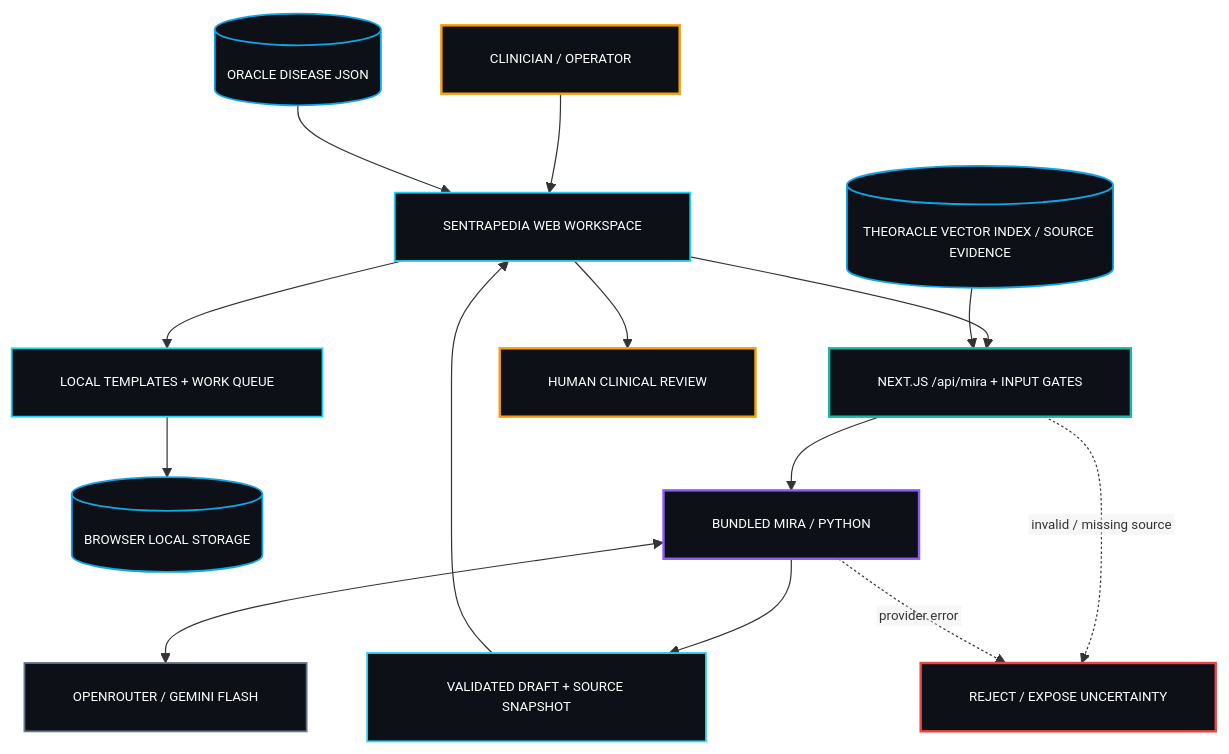
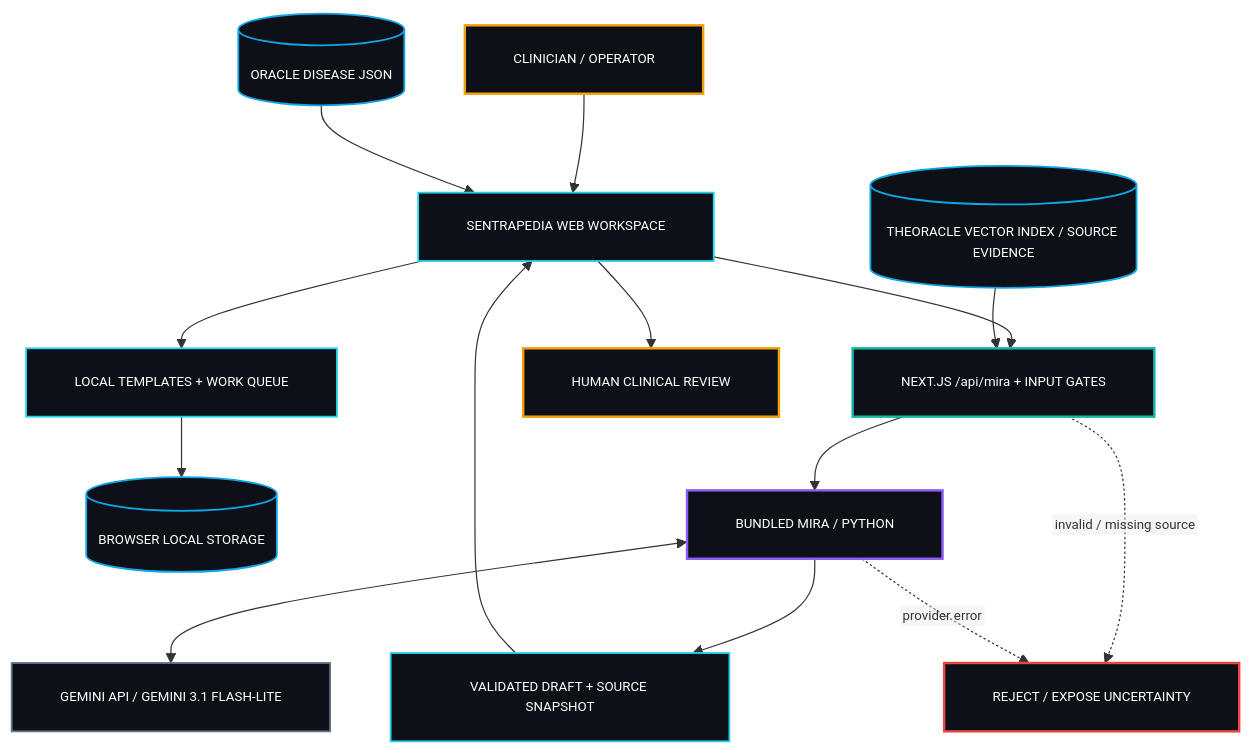
One commit to drferdi/Sentrapedia changed the first of 4 diagrams in README.md. Above: the diagram before and after it, drawn with Mermaid. The commit also changed other lines of this file and 4 other files, not shown here.

````diff
--- a/README.md
+++ b/README.md
@@ -126,43 +126,43 @@
 ```mermaid
 %%{init: {"flowchart": {"htmlLabels": false, "padding": 20}, "themeVariables": {"fontFamily": "monospace", "fontSize": "11px"}}}%%
 flowchart TB
   HUMAN["CLINICIAN / OPERATOR"]
   UI["SENTRAPEDIA WEB WORKSPACE"]
   LOCAL["LOCAL TEMPLATES + WORK QUEUE"]
   STORE[("BROWSER LOCAL STORAGE")]
   CATALOG[("ORACLE DISEASE JSON")]
   GATE["NEXT.JS /api/mira + INPUT GATES"]
   SOURCE[("THEORACLE VECTOR INDEX / SOURCE EVIDENCE")]
   MIRA["BUNDLED MIRA / PYTHON"]
-  PROVIDER["OPENROUTER / GEMINI FLASH"]
+  PROVIDER["GEMINI API / GEMINI 3.1 FLASH-LITE"]
   DRAFT["VALIDATED DRAFT + SOURCE SNAPSHOT"]
   REVIEW["HUMAN CLINICAL REVIEW"]
   FAIL["REJECT / EXPOSE UNCERTAINTY"]
 
   HUMAN --> UI --> LOCAL --> STORE
   CATALOG --> UI
   UI --> GATE
   SOURCE --> GATE
   GATE --> MIRA
   MIRA <--> PROVIDER
   MIRA --> DRAFT --> UI
   UI --> REVIEW
   GATE -. invalid / missing source .-> FAIL
   MIRA -. provider error .-> FAIL
 
   classDef authority fill:#0D1117,stroke:#F59E0B,color:#FFFFFF,stroke-width:2px;
   classDef core fill:#0D1117,stroke:#5B8CFF,color:#FFFFFF,stroke-width:2px;
   classDef surface fill:#0D1117,stroke:#22D3EE,color:#FFFFFF,stroke-width:1.5px;
   classDef agent fill:#0D1117,stroke:#8B5CF6,color:#FFFFFF,stroke-width:2px;
   classDef control fill:#0D1117,stroke:#14B8A6,color:#FFFFFF,stroke-width:2px;
   classDef data fill:#0D1117,stroke:#0EA5E9,color:#FFFFFF,stroke-width:1.5px;
   classDef shared fill:#0D1117,stroke:#64748B,color:#FFFFFF,stroke-width:1.5px;
   classDef danger fill:#0D1117,stroke:#EF4444,color:#FFFFFF,stroke-width:2px;
   class HUMAN,REVIEW authority;
   class UI,LOCAL,DRAFT surface;
   class GATE control;
   class MIRA agent;
   class CATALOG,STORE,SOURCE data;
   class PROVIDER shared;
   class FAIL danger;
 ```
````
